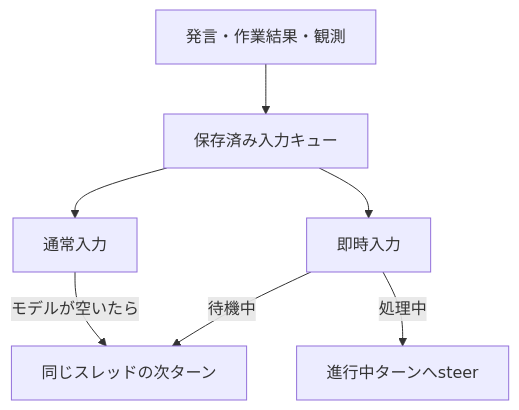
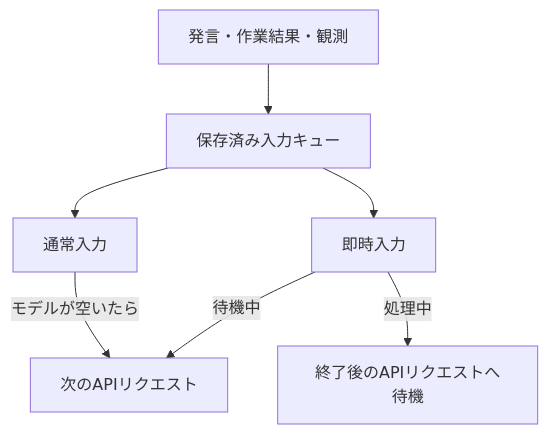
One commit to pikachu0310/personal-context-hub changed the fourth of 4 diagrams in docs/conversation-modes.md. Above: the diagram before and after it, drawn with Mermaid. The commit also changed other lines of this file and 19 other files, not shown here.

````diff
--- a/docs/conversation-modes.md
+++ b/docs/conversation-modes.md
@@ -85,9 +83,9 @@
 ```mermaid
 flowchart TB
     E["発言・作業結果・観測"] --> Q["保存済み入力キュー"]
     Q --> N["通常入力"]
-    N -->|"モデルが空いたら"| T["同じスレッドの次ターン"]
+    N -->|"モデルが空いたら"| T["次のAPIリクエスト"]
     Q --> U["即時入力"]
-    U -->|"処理中"| S["進行中ターンへsteer"]
+    U -->|"処理中"| S["終了後のAPIリクエストへ待機"]
     U -->|"待機中"| T
 ```
````
